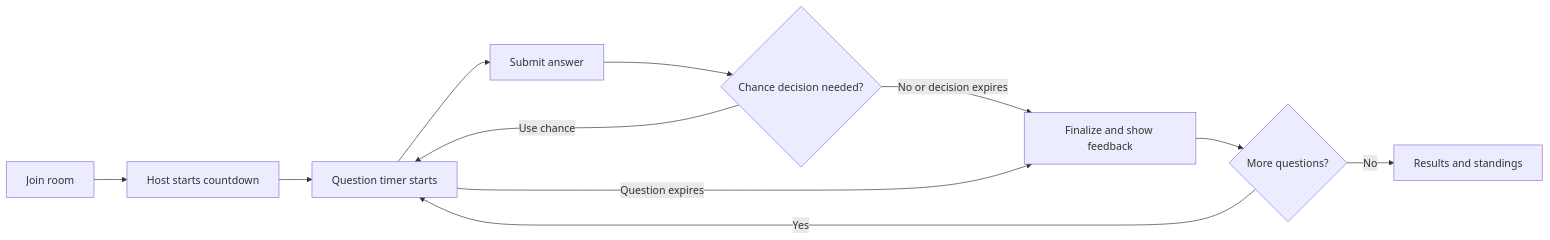
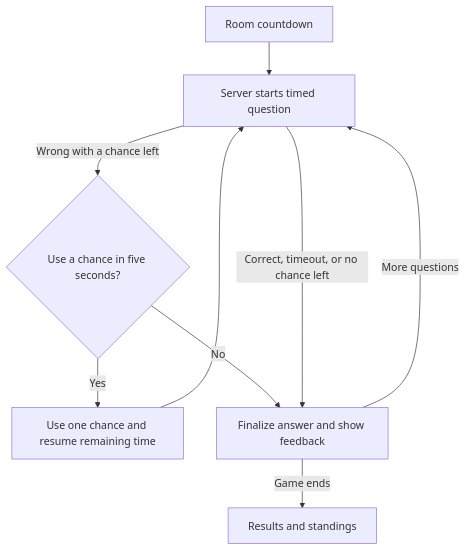
One commit to daevinsimbajon-web/cpe314-69167-capstone-team-02 changed the tenth of 10 diagrams in doc/design-document.md. Above: the diagram before and after it, drawn with Mermaid. The commit also changed other lines of this file and 160 other files, not shown here.

Commit message:
Complete M3 architecture cleanup, code corrections, and final documentation

````diff
--- a/doc/design-document.md
+++ b/doc/design-document.md
@@ -258,13 +375,11 @@
 ```mermaid
-flowchart LR
-    A["Join room"] --> B["Host starts countdown"]
-    B --> C["Question timer starts"]
-    C --> D["Submit answer"]
-    D --> E{"Chance decision needed?"}
-    E -->|Use chance| C
-    E -->|No or decision expires| F["Finalize and show feedback"]
-    C -->|Question expires| F
-    F --> G{"More questions?"}
-    G -->|Yes| C
-    G -->|No| H["Results and standings"]
+flowchart TB
+    A["Room countdown"] --> Q["Server starts timed question"]
+    Q -->|Wrong with a chance left| E{"Use a chance in five seconds?"}
+    E -->|Yes| I["Use one chance and resume remaining time"]
+    I --> Q
+    E -->|No| F["Finalize answer and show feedback"]
+    Q -->|Correct, timeout, or no chance left| F
+    F -->|More questions| Q
+    F -->|Game ends| R["Results and standings"]
 ```
````
